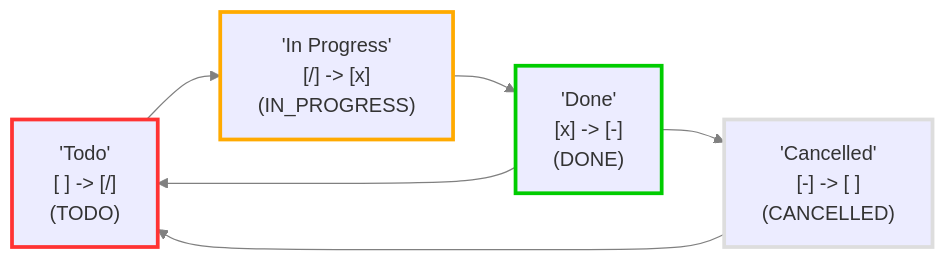
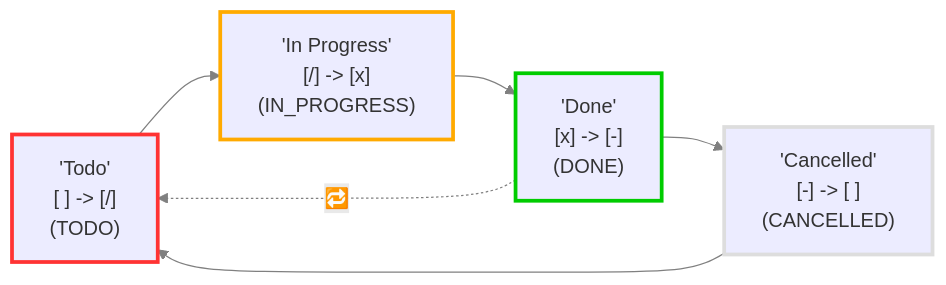
One commit to obsidian-tasks-group/obsidian-tasks changed the diagram in tests/DocumentationSamples/DocsSamplesForStatuses.test.DefaultStatuses_done-toggles-to-cancelled.approved.detailed.mermaid.md. Above: the diagram before and after it, drawn with Mermaid. The commit also changed 2 other files, not shown here.

Commit message:
feat: Use dotted line and emoji to show overridden statuses
If the next recurrence of a task has a modified status, to force
it to be TODO or IN_PROGRESS, use a style and label to indicate this
in Mermaid status diagrams, and hence "Check your Statuses" reports.

````diff
--- a/tests/DocumentationSamples/DocsSamplesForStatuses.test.DefaultStatuses_done-toggles-to-cancelled.approved.detailed.mermaid.md
+++ b/tests/DocumentationSamples/DocsSamplesForStatuses.test.DefaultStatuses_done-toggles-to-cancelled.approved.detailed.mermaid.md
@@ -2,21 +2,21 @@
 ```mermaid
 flowchart LR
 
 classDef TODO        stroke:#f33,stroke-width:3px;
 classDef DONE        stroke:#0c0,stroke-width:3px;
 classDef IN_PROGRESS stroke:#fa0,stroke-width:3px;
 classDef CANCELLED   stroke:#ddd,stroke-width:3px;
 classDef NON_TASK    stroke:#99e,stroke-width:3px;
 
 1["'Todo'<br>[ ] -> [/]<br>(TODO)"]:::TODO
 2["'Done'<br>[x] -> [-]<br>(DONE)"]:::DONE
 3["'In Progress'<br>[/] -> [x]<br>(IN_PROGRESS)"]:::IN_PROGRESS
 4["'Cancelled'<br>[-] -> [ ]<br>(CANCELLED)"]:::CANCELLED
 1 --> 3
 2 --> 4
-2 --> 1
+2-. "🔁" .-> 1
 3 --> 2
 4 --> 1
 
 linkStyle default stroke:gray
 ```
````
